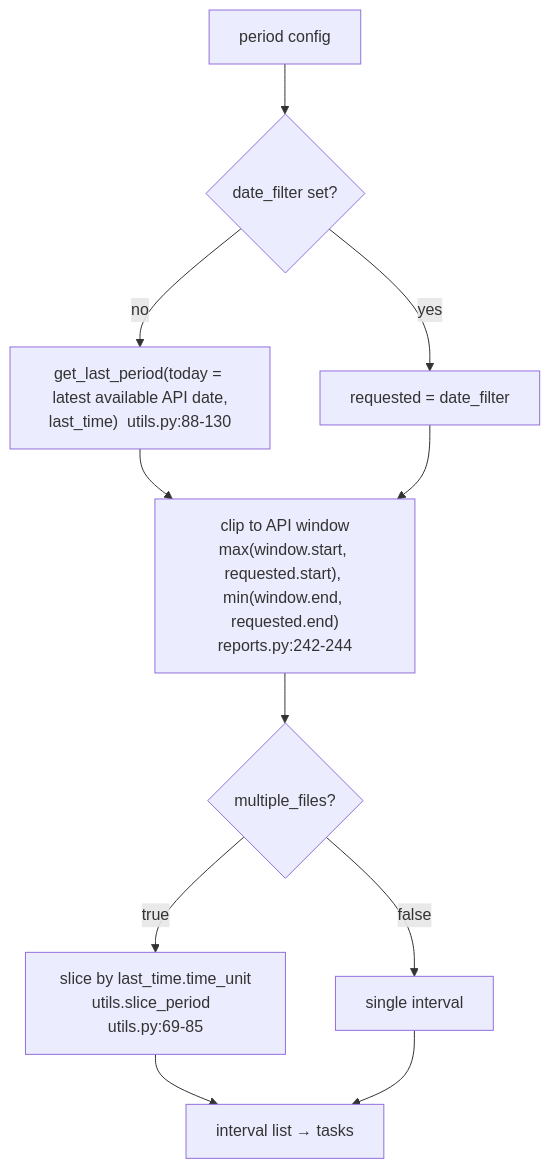
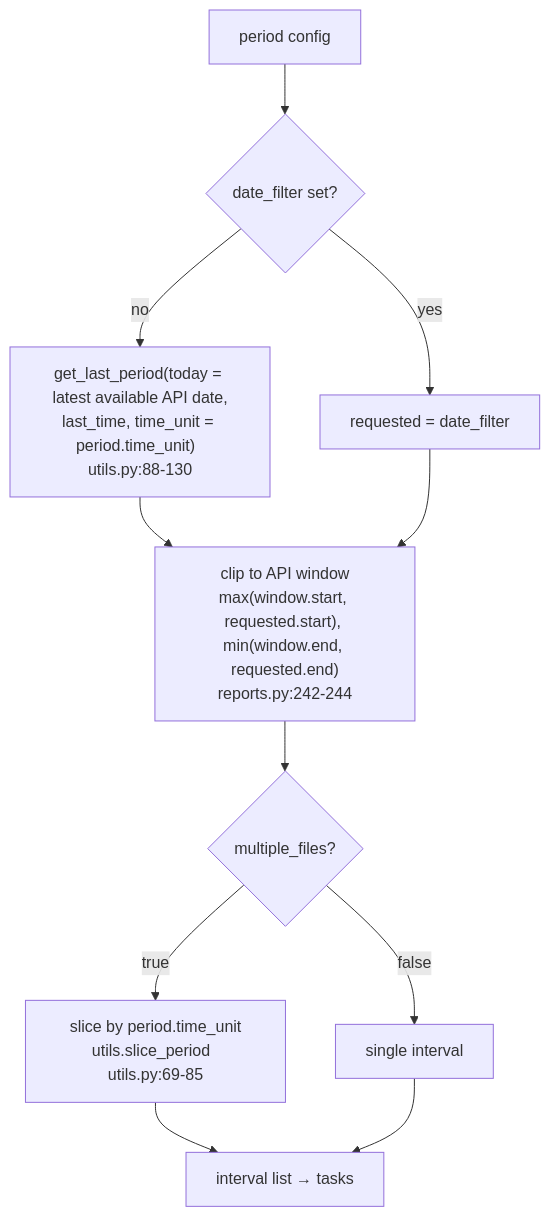
One commit to manicko/mko_get_mediascope_data changed the second of 3 diagrams in docs/00-overview/data-flow-architecture.md. Above: the diagram before and after it, drawn with Mermaid. The commit also changed other lines of this file, not shown here.

First line of the commit message:
docs: update data-flow-architecture.md for time_unit schema change

````diff
--- a/docs/00-overview/data-flow-architecture.md
+++ b/docs/00-overview/data-flow-architecture.md
@@ -87,13 +87,13 @@
 ```mermaid
 flowchart TD
     A["period config"] --> B{"date_filter set?"}
-    B -- no --> C["get_last_period(today = latest available API date,<br/>last_time)  utils.py:88-130"]
+    B -- no --> C["get_last_period(today = latest available API date,<br/>last_time, time_unit = period.time_unit)  utils.py:88-130"]
     B -- yes --> D["requested = date_filter"]
     C --> E["clip to API window<br/>max(window.start, requested.start), min(window.end, requested.end)<br/>reports.py:242-244"]
     D --> E
     E --> F{"multiple_files?"}
-    F -- true --> G["slice by last_time.time_unit<br/>utils.slice_period  utils.py:69-85"]
+    F -- true --> G["slice by period.time_unit<br/>utils.slice_period  utils.py:69-85"]
     F -- false --> H["single interval"]
     G --> I["interval list → tasks"]
     H --> I
 ```
````
